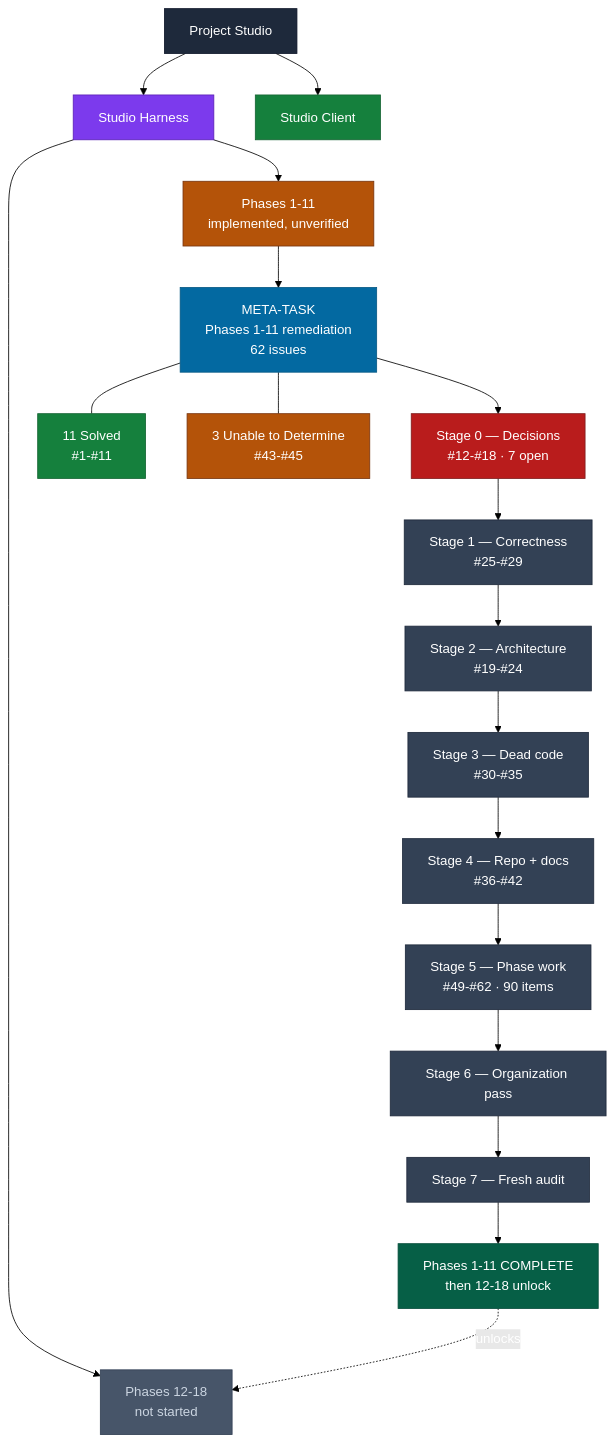
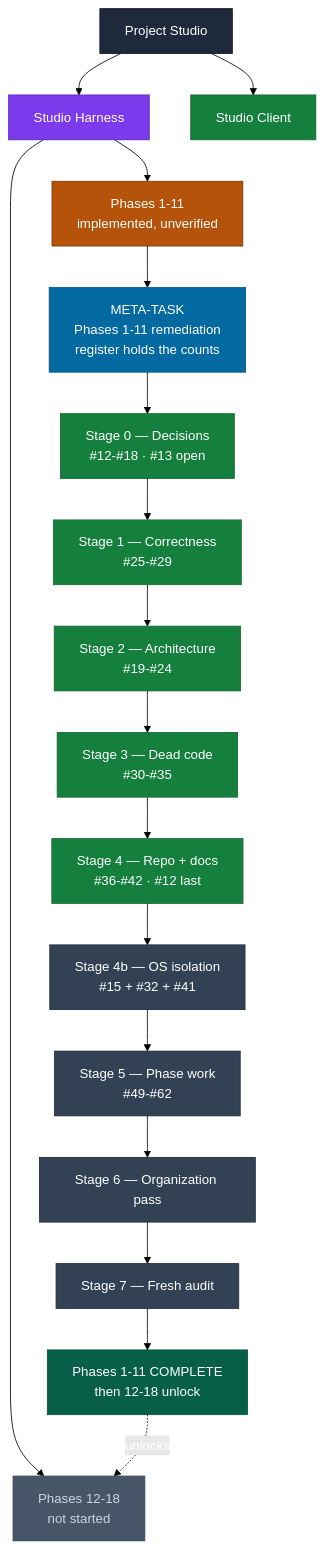
Before and after one commit to pookiepied/project-studio: the diagram in documentation/project-map.md, drawn with Mermaid (forest theme). The commit also changed other lines of this file and 7 other files, not shown here.

````diff
--- a/documentation/project-map.md
+++ b/documentation/project-map.md
@@ -65,39 +66,35 @@
 ```mermaid
 graph TD
     PS[Project Studio]:::root
 
     PS --> H[Studio Harness]:::prod
     PS --> C[Studio Client]:::ok
 
     H --> P111["Phases 1-11<br/>implemented, unverified"]:::warn
     H --> P1218["Phases 12-18<br/>not started"]:::idle
 
-    P111 --> META["META-TASK<br/>Phases 1-11 remediation<br/>62 issues"]:::active
+    P111 --> META["META-TASK<br/>Phases 1-11 remediation<br/>register holds the counts"]:::active
 
-    META --> S0["Stage 0 — Decisions<br/>#12-#18 · 7 open"]:::block
-    S0 --> S1["Stage 1 — Correctness<br/>#25-#29"]:::todo
-    S1 --> S2["Stage 2 — Architecture<br/>#19-#24"]:::todo
-    S2 --> S3["Stage 3 — Dead code<br/>#30-#35"]:::todo
-    S3 --> S4["Stage 4 — Repo + docs<br/>#36-#42"]:::todo
-    S4 --> S5["Stage 5 — Phase work<br/>#49-#62 · 90 items"]:::todo
+    META --> S0["Stage 0 — Decisions<br/>#12-#18 · #13 open"]:::ok
+    S0 --> S1["Stage 1 — Correctness<br/>#25-#29"]:::ok
+    S1 --> S2["Stage 2 — Architecture<br/>#19-#24"]:::ok
+    S2 --> S3["Stage 3 — Dead code<br/>#30-#35"]:::ok
+    S3 --> S4["Stage 4 — Repo + docs<br/>#36-#42 · #12 last"]:::ok
+    S4 --> S4B["Stage 4b — OS isolation<br/>#15 + #32 + #41"]:::todo
+    S4B --> S5["Stage 5 — Phase work<br/>#49-#62"]:::todo
     S5 --> S6[Stage 6 — Organization pass]:::todo
     S6 --> S7[Stage 7 — Fresh audit]:::todo
     S7 --> DONE["Phases 1-11 COMPLETE<br/>then 12-18 unlock"]:::goal
 
     DONE -.unlocks.-> P1218
-
-    SOLVED["11 Solved<br/>#1-#11"]:::ok
-    UNK["3 Unable to Determine<br/>#43-#45"]:::warn
-    META --- SOLVED
-    META --- UNK
 
     classDef root fill:#1e293b,stroke:#0f172a,color:#fff
     classDef prod fill:#7c3aed,stroke:#5b21b6,color:#fff
     classDef active fill:#0369a1,stroke:#075985,color:#fff
     classDef block fill:#b91c1c,stroke:#7f1d1d,color:#fff
     classDef todo fill:#334155,stroke:#1e293b,color:#fff
     classDef ok fill:#15803d,stroke:#166534,color:#fff
     classDef warn fill:#b45309,stroke:#78350f,color:#fff
     classDef idle fill:#475569,stroke:#334155,color:#cbd5e1
     classDef goal fill:#065f46,stroke:#064e3b,color:#fff
 ```
````
